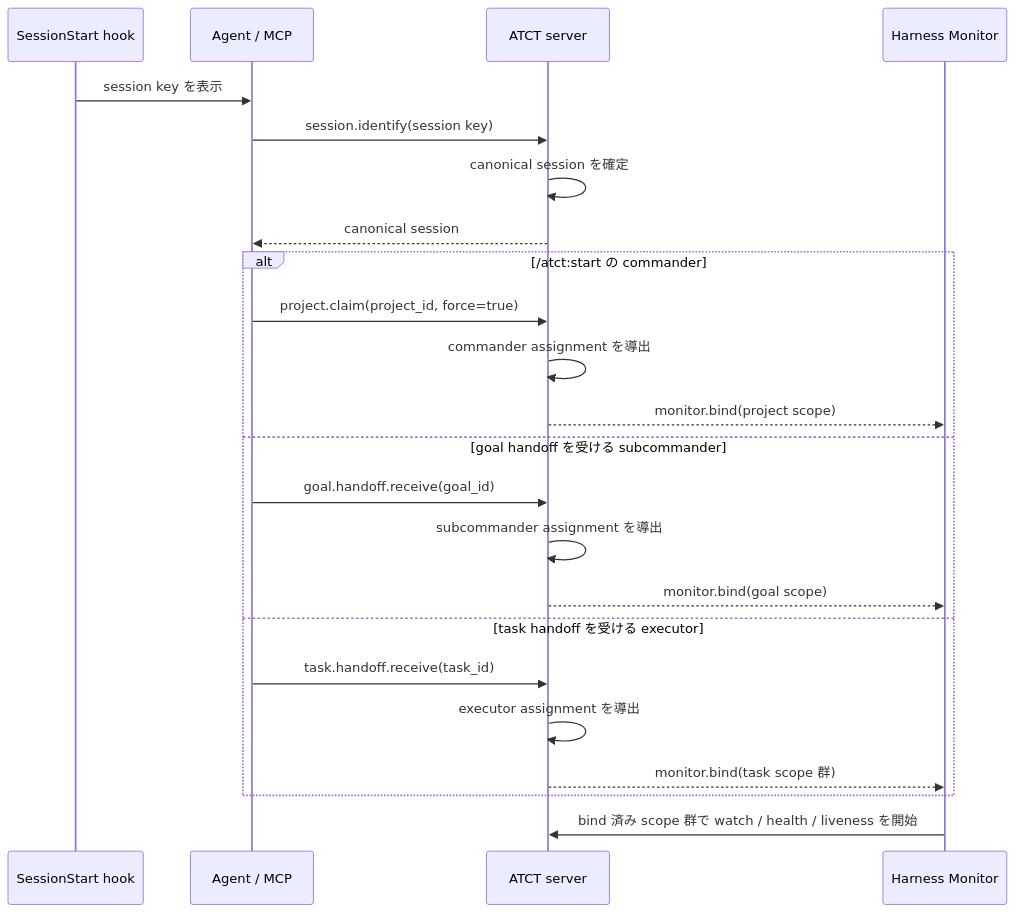
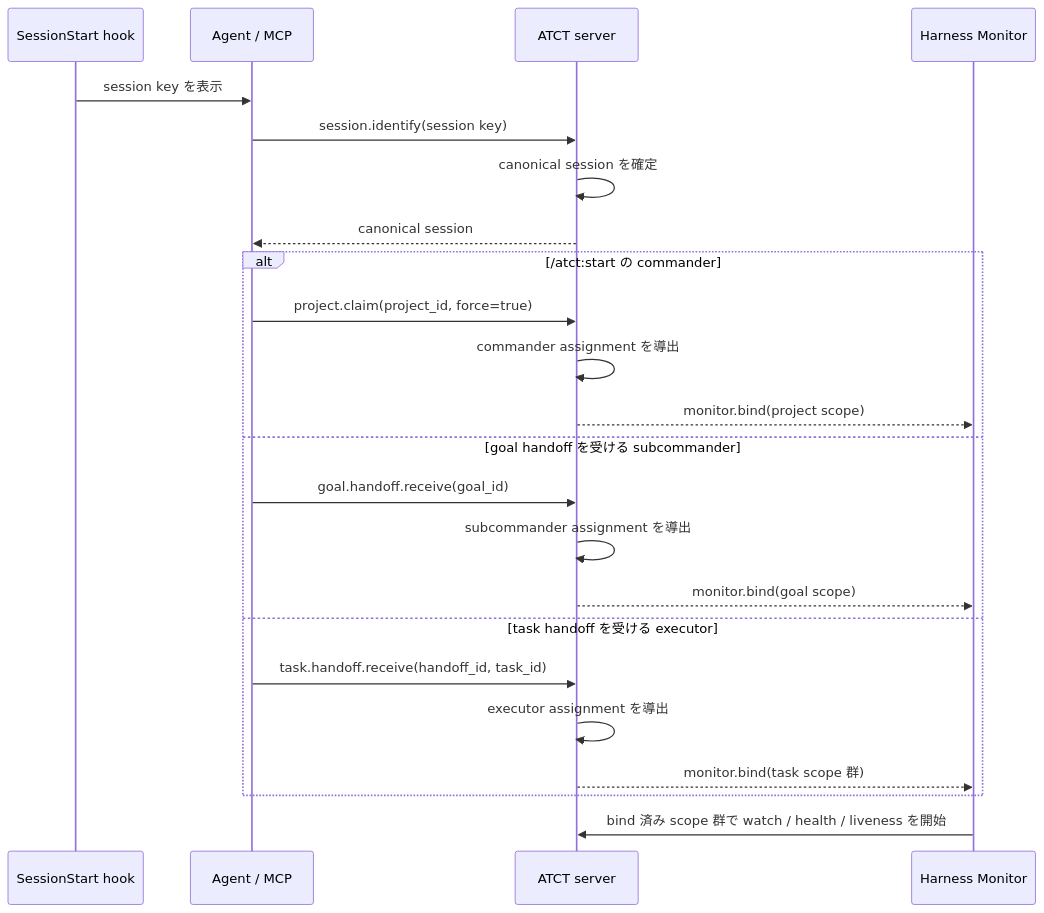
One commit to michiomochi/atct changed the diagram in doc/bootstrap.md. Above: the diagram before and after it, drawn with Mermaid. The commit also changed other lines of this file, not shown here.

````diff
--- a/doc/bootstrap.md
+++ b/doc/bootstrap.md
@@ -23,26 +23,26 @@
 ```mermaid
 sequenceDiagram
     participant H as SessionStart hook
     participant A as Agent / MCP
     participant S as ATCT server
     participant M as Harness Monitor
 
     H->>A: session key を表示
     A->>S: session.identify(session key)
     S->>S: canonical session を確定
     S-->>A: canonical session
     alt /atct:start の commander
         A->>S: project.claim(project_id, force=true)
         S->>S: commander assignment を導出
         S-->>M: monitor.bind(project scope)
     else goal handoff を受ける subcommander
         A->>S: goal.handoff.receive(goal_id)
         S->>S: subcommander assignment を導出
         S-->>M: monitor.bind(goal scope)
     else task handoff を受ける executor
-        A->>S: task.handoff.receive(task_id)
+        A->>S: task.handoff.receive(handoff_id, task_id)
         S->>S: executor assignment を導出
         S-->>M: monitor.bind(task scope 群)
     end
     M->>S: bind 済み scope 群で watch / health / liveness を開始
 ```
````
